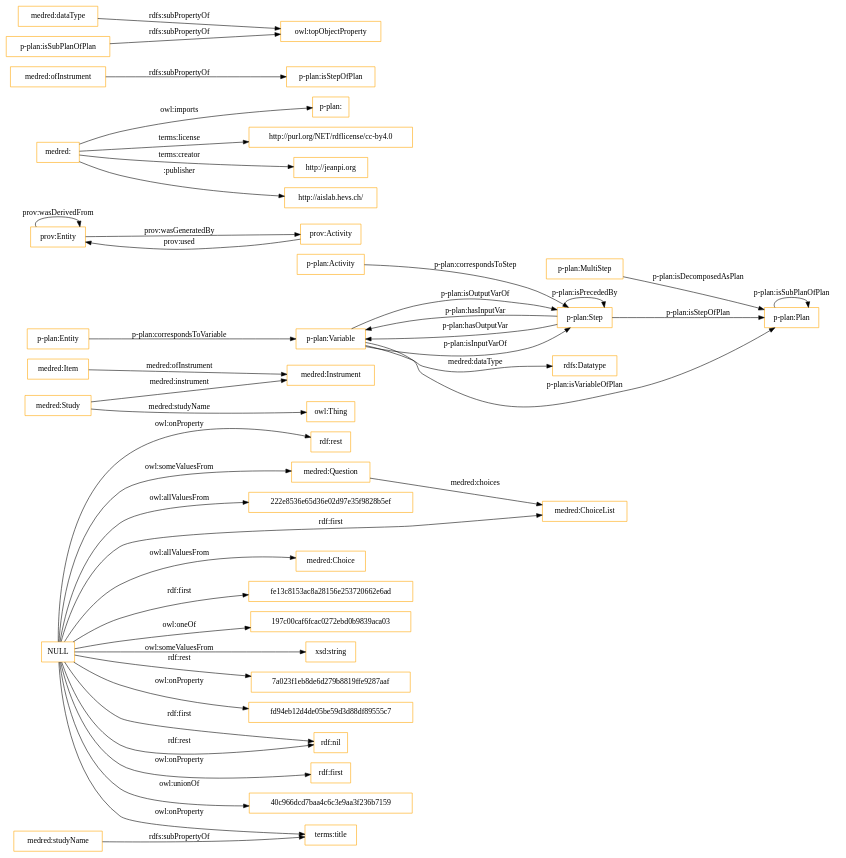
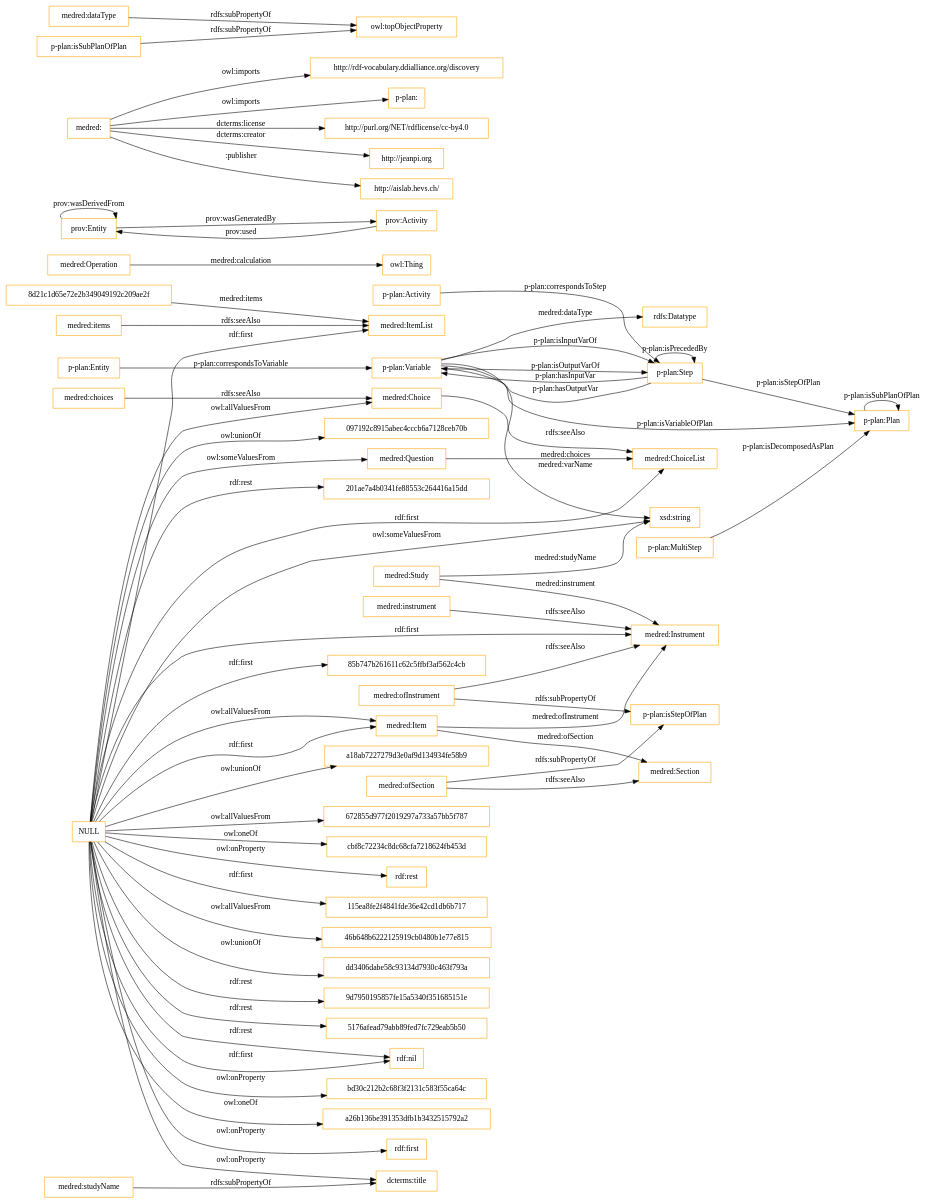
Before and after one commit to OnToologyUser/medred: the diagram in OnToology/ontology/medred.owl/diagrams/ar2dtool-class/medred.owl.png.dot, drawn with Graphviz. The commit also changed 18 other files, not shown here.

```diff
--- a/OnToology/ontology/medred.owl/diagrams/ar2dtool-class/medred.owl.png.dot
+++ b/OnToology/ontology/medred.owl/diagrams/ar2dtool-class/medred.owl.png.dot
@@ -1,48 +1,71 @@
 digraph ar2dtool_diagram { 
 rankdir=LR;
 size="1501"
-node [shape = rectangle, color="orange"]; "medred:Question" "medred:Instrument" "medred:Item" "medred:Study" "rdfs:Datatype" "222e8536e65d36e02d97e35f9828b5ef" "medred:ChoiceList" "medred:Choice" "fe13c8153ac8a28156e253720662e6ad" "p-plan:MultiStep" "p-plan:Activity" "p-plan:Step" "p-plan:Entity" "prov:Entity" "p-plan:Plan" "prov:Activity" "p-plan:Variable" ; /*classes style*/
+node [shape = rectangle, color="orange"]; "medred:Question" "85b747b261611c62c5ffbf3af562c4cb" "medred:Instrument" "medred:Item" "8d21c1d65e72e2b349049192c209ae2f" "672855d977f2019297a733a57bb5f787" "rdfs:Datatype" "medred:Study" "medred:ItemList" "115ea8fe2f4841fde36e42cd1db6b717" "medred:Section" "medred:ChoiceList" "medred:Choice" "medred:Operation" "46b648b6222125919cb0480b1e77e815" "p-plan:MultiStep" "p-plan:Activity" "p-plan:Step" "p-plan:Entity" "prov:Entity" "p-plan:Plan" "prov:Activity" "p-plan:Variable" ; /*classes style*/
+	"medred:" -> "http://rdf-vocabulary.ddialliance.org/discovery" [ label = "owl:imports" ];
 	"medred:" -> "p-plan:" [ label = "owl:imports" ];
-	"medred:" -> "http://purl.org/NET/rdflicense/cc-by4.0" [ label = "terms:license" ];
-	"medred:" -> "http://jeanpi.org" [ label = "terms:creator" ];
+	"medred:" -> "http://purl.org/NET/rdflicense/cc-by4.0" [ label = "dcterms:license" ];
+	"medred:" -> "http://jeanpi.org" [ label = "dcterms:creator" ];
 	"medred:" -> "http://aislab.hevs.ch/" [ label = ":publisher" ];
-	"NULL" -> "197c00caf6fcac0272ebd0b9839aca03" [ label = "owl:oneOf" ];
-	"NULL" -> "fe13c8153ac8a28156e253720662e6ad" [ label = "rdf:first" ];
+	"NULL" -> "dd3406dabe58c93134d7930c463f793a" [ label = "owl:unionOf" ];
+	"NULL" -> "115ea8fe2f4841fde36e42cd1db6b717" [ label = "rdf:first" ];
+	"NULL" -> "medred:Instrument" [ label = "rdf:first" ];
 	"NULL" -> "xsd:string" [ label = "owl:someValuesFrom" ];
-	"NULL" -> "7a023f1eb8de6d279b8819ffe9287aaf" [ label = "rdf:rest" ];
 	"NULL" -> "medred:ChoiceList" [ label = "rdf:first" ];
-	"NULL" -> "terms:title" [ label = "owl:onProperty" ];
+	"NULL" -> "dcterms:title" [ label = "owl:onProperty" ];
+	"NULL" -> "medred:ItemList" [ label = "rdf:first" ];
 	"NULL" -> "medred:Question" [ label = "owl:someValuesFrom" ];
-	"NULL" -> "fd94eb12d4de05be59d3d88df89555c7" [ label = "owl:onProperty" ];
+	"NULL" -> "9d7950195857fe15a5340f351685151e" [ label = "rdf:rest" ];
+	"NULL" -> "medred:Item" [ label = "owl:allValuesFrom" ];
+	"NULL" -> "672855d977f2019297a733a57bb5f787" [ label = "owl:allValuesFrom" ];
+	"NULL" -> "5176afead79abb89fed7fc729eab5b50" [ label = "rdf:rest" ];
 	"NULL" -> "rdf:nil" [ label = "rdf:first" ];
+	"NULL" -> "bd30c212b2c68f3f2131c583f55ca64c" [ label = "owl:onProperty" ];
 	"NULL" -> "rdf:nil" [ label = "rdf:rest" ];
+	"NULL" -> "46b648b6222125919cb0480b1e77e815" [ label = "owl:allValuesFrom" ];
+	"NULL" -> "a26b136be391353dfb1b3432515792a2" [ label = "owl:oneOf" ];
+	"NULL" -> "medred:Item" [ label = "rdf:first" ];
 	"NULL" -> "medred:Choice" [ label = "owl:allValuesFrom" ];
 	"NULL" -> "rdf:first" [ label = "owl:onProperty" ];
-	"NULL" -> "40c966dcd7baa4c6c3e9aa3f236b7159" [ label = "owl:unionOf" ];
-	"NULL" -> "222e8536e65d36e02d97e35f9828b5ef" [ label = "owl:allValuesFrom" ];
+	"NULL" -> "85b747b261611c62c5ffbf3af562c4cb" [ label = "rdf:first" ];
+	"NULL" -> "097192c8915abec4cccb6a7128ceb70b" [ label = "owl:unionOf" ];
+	"NULL" -> "201ae7a4b0341fe88553c264416a15dd" [ label = "rdf:rest" ];
+	"NULL" -> "a18ab7227279d3e0af9d134934fe58b9" [ label = "owl:unionOf" ];
+	"NULL" -> "cbf8c72234c8dc68cfa7218624fb453d" [ label = "owl:oneOf" ];
 	"NULL" -> "rdf:rest" [ label = "owl:onProperty" ];
+	"medred:items" -> "medred:ItemList" [ label = "rdfs:seeAlso" ];
+	"medred:ofInstrument" -> "medred:Instrument" [ label = "rdfs:seeAlso" ];
 	"medred:ofInstrument" -> "p-plan:isStepOfPlan" [ label = "rdfs:subPropertyOf" ];
-	"medred:studyName" -> "terms:title" [ label = "rdfs:subPropertyOf" ];
+	"medred:instrument" -> "medred:Instrument" [ label = "rdfs:seeAlso" ];
+	"medred:choices" -> "medred:Choice" [ label = "rdfs:seeAlso" ];
+	"medred:ofSection" -> "medred:Section" [ label = "rdfs:seeAlso" ];
+	"medred:ofSection" -> "p-plan:isStepOfPlan" [ label = "rdfs:subPropertyOf" ];
+	"medred:Choice" -> "medred:ChoiceList" [ label = "rdfs:seeAlso" ];
+	"medred:studyName" -> "dcterms:title" [ label = "rdfs:subPropertyOf" ];
 	"medred:dataType" -> "owl:topObjectProperty" [ label = "rdfs:subPropertyOf" ];
 	"p-plan:isSubPlanOfPlan" -> "owl:topObjectProperty" [ label = "rdfs:subPropertyOf" ];
 	"p-plan:Plan" -> "p-plan:Plan" [ label = "p-plan:isSubPlanOfPlan" ];
 	"prov:Entity" -> "prov:Entity" [ label = "prov:wasDerivedFrom" ];
 	"prov:Entity" -> "prov:Activity" [ label = "prov:wasGeneratedBy" ];
 	"p-plan:Step" -> "p-plan:Plan" [ label = "p-plan:isStepOfPlan" ];
 	"p-plan:Variable" -> "p-plan:Plan" [ label = "p-plan:isVariableOfPlan" ];
 	"p-plan:Step" -> "p-plan:Variable" [ label = "p-plan:hasInputVar" ];
 	"p-plan:Step" -> "p-plan:Step" [ label = "p-plan:isPrecededBy" ];
+	"8d21c1d65e72e2b349049192c209ae2f" -> "medred:ItemList" [ label = "medred:items" ];
+	"medred:Study" -> "xsd:string" [ label = "medred:studyName" ];
 	"p-plan:MultiStep" -> "p-plan:Plan" [ label = "p-plan:isDecomposedAsPlan" ];
-	"medred:Study" -> "owl:Thing" [ label = "medred:studyName" ];
 	"p-plan:Step" -> "p-plan:Variable" [ label = "p-plan:hasOutputVar" ];
 	"medred:Item" -> "medred:Instrument" [ label = "medred:ofInstrument" ];
 	"medred:Study" -> "medred:Instrument" [ label = "medred:instrument" ];
+	"p-plan:Variable" -> "xsd:string" [ label = "medred:varName" ];
 	"p-plan:Variable" -> "rdfs:Datatype" [ label = "medred:dataType" ];
 	"p-plan:Activity" -> "p-plan:Step" [ label = "p-plan:correspondsToStep" ];
+	"medred:Question" -> "medred:ChoiceList" [ label = "medred:choices" ];
 	"p-plan:Entity" -> "p-plan:Variable" [ label = "p-plan:correspondsToVariable" ];
-	"medred:Question" -> "medred:ChoiceList" [ label = "medred:choices" ];
 	"prov:Activity" -> "prov:Entity" [ label = "prov:used" ];
 	"p-plan:Variable" -> "p-plan:Step" [ label = "p-plan:isInputVarOf" ];
+	"medred:Item" -> "medred:Section" [ label = "medred:ofSection" ];
 	"p-plan:Variable" -> "p-plan:Step" [ label = "p-plan:isOutputVarOf" ];
+	"medred:Operation" -> "owl:Thing" [ label = "medred:calculation" ];
 
 }
```
